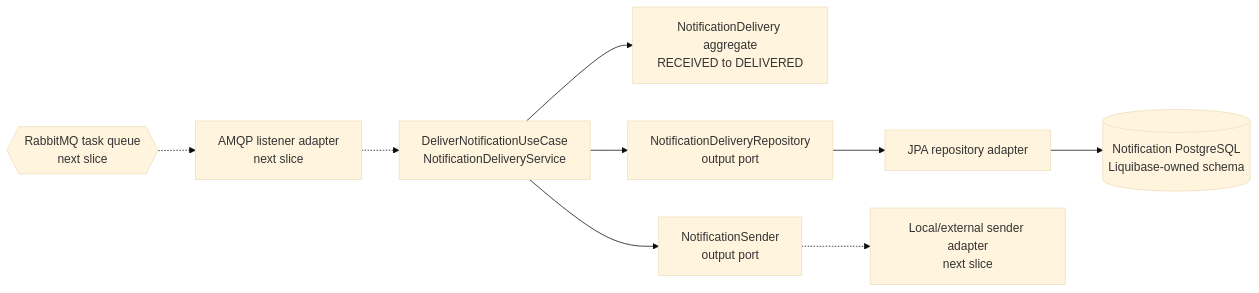
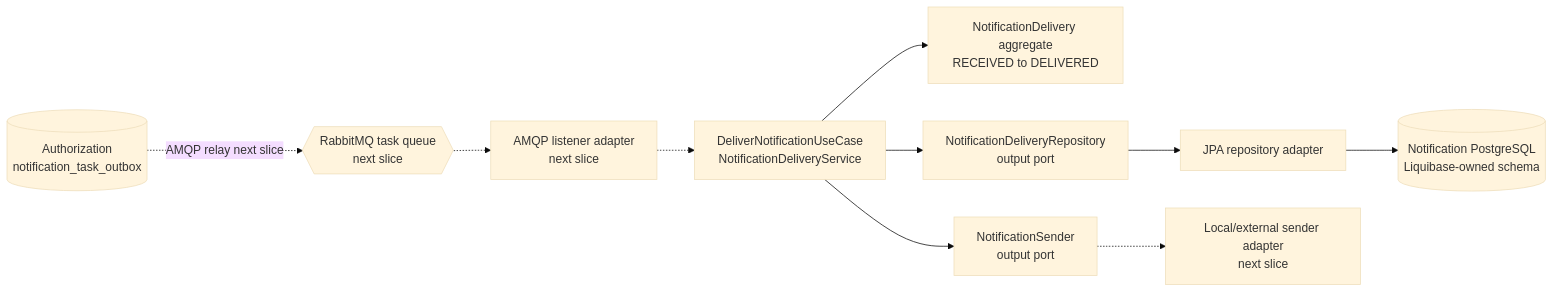
Before and after one commit to aydindemir1/health-insurance-platform: the first of 2 diagrams in docs/architecture/notification-worker.md, drawn with Mermaid (base theme). The commit also changed other lines of this file and 9 other files, not shown here.

Commit message:
docs: explain notification producer outbox

````diff
--- a/docs/architecture/notification-worker.md
+++ b/docs/architecture/notification-worker.md
@@ -11,21 +12,23 @@
 ```mermaid
 flowchart LR
     Rabbit{{"RabbitMQ task queue<br/>next slice"}}
+    Producer[("Authorization<br/>notification_task_outbox")]
     Listener["AMQP listener adapter<br/>next slice"]
     UseCase["DeliverNotificationUseCase<br/>NotificationDeliveryService"]
     Aggregate["NotificationDelivery aggregate<br/>RECEIVED to DELIVERED"]
     RepositoryPort["NotificationDeliveryRepository<br/>output port"]
     SenderPort["NotificationSender<br/>output port"]
     Jpa["JPA repository adapter"]
     Sender["Local/external sender adapter<br/>next slice"]
     Database[("Notification PostgreSQL<br/>Liquibase-owned schema")]
 
+    Producer -. "AMQP relay next slice" .-> Rabbit
     Rabbit -.-> Listener
     Listener -.-> UseCase
     UseCase --> Aggregate
     UseCase --> RepositoryPort
     UseCase --> SenderPort
     RepositoryPort --> Jpa
     Jpa --> Database
     SenderPort -.-> Sender
 ```
````
